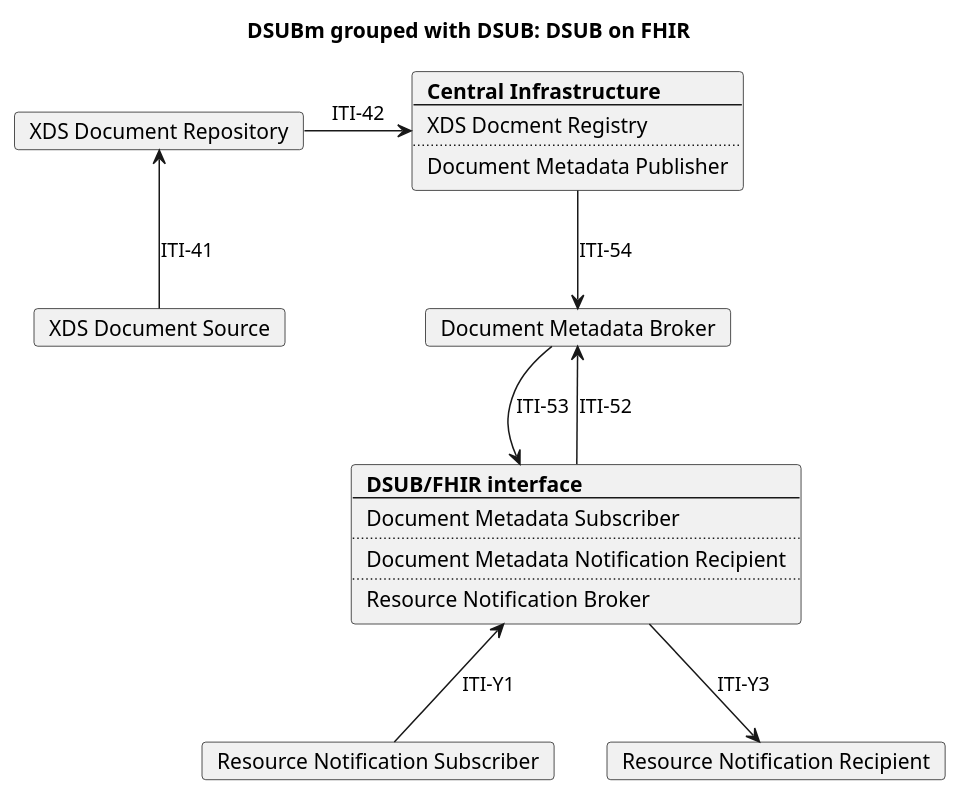
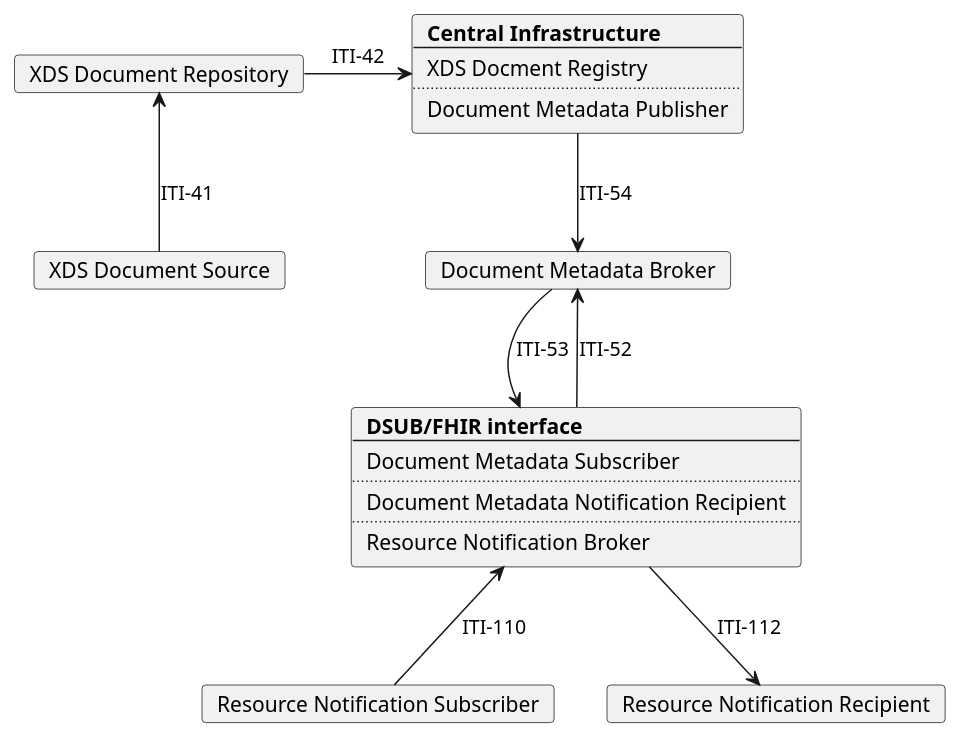
Before and after one commit to IHE/ITI.DSUBm: the diagram in input/images-source/model_DSUBonFHIR.plantuml, drawn with PlantUML. The commit also changed 13 other files, not shown here.

```diff
--- a/input/images-source/model_DSUBonFHIR.plantuml
+++ b/input/images-source/model_DSUBonFHIR.plantuml
@@ -1,46 +1,46 @@
 @startuml
 skinparam svgDimensionStyle false
 skinparam componentStyle rectangle
 
 hide footbox
-title "DSUBm grouped with DSUB: DSUB on FHIR" 
+/' title "DSUBm grouped with DSUB: DSUB on FHIR" '/
 
 card "XDS Document Source" as Source
 card "XDS Document Repository" as Repo
 
 card  Central [
   <b>Central Infrastructure
   ----
   XDS Docment Registry
   ....
   Document Metadata Publisher
 ]
 
 card "Document Metadata Broker" as Broker 
 
 card  DSUBFHIR [
   <b>DSUB/FHIR interface
   ----
 Document Metadata Subscriber
 ....
 Document Metadata Notification Recipient
 ....
 Resource Notification Broker
 ]
 
 card "Resource Notification Subscriber" as Subsciber 
 card "Resource Notification Recipient" as Recipient 
 
-Subsciber -u-> DSUBFHIR: ITI-Y1
+Subsciber -u-> DSUBFHIR: ITI-110
 DSUBFHIR -d-> Broker: ITI-52
 
 Source -u-> Repo: ITI-41
 Repo -r-> Central: ITI-42
 Central -d-> Broker: ITI-54
 
 Broker-r->DSUBFHIR: ITI-53
-DSUBFHIR -d-> Recipient: ITI-Y3
+DSUBFHIR -d-> Recipient: ITI-112
 
 
 
 @enduml
```
